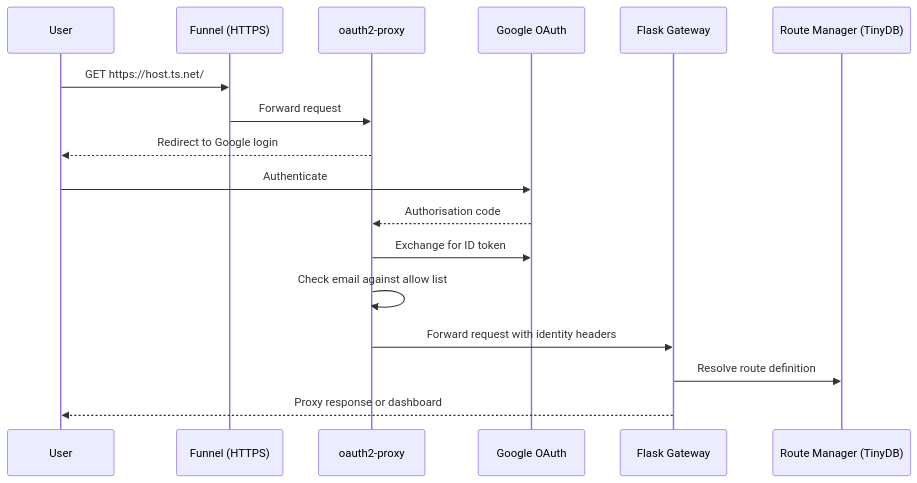
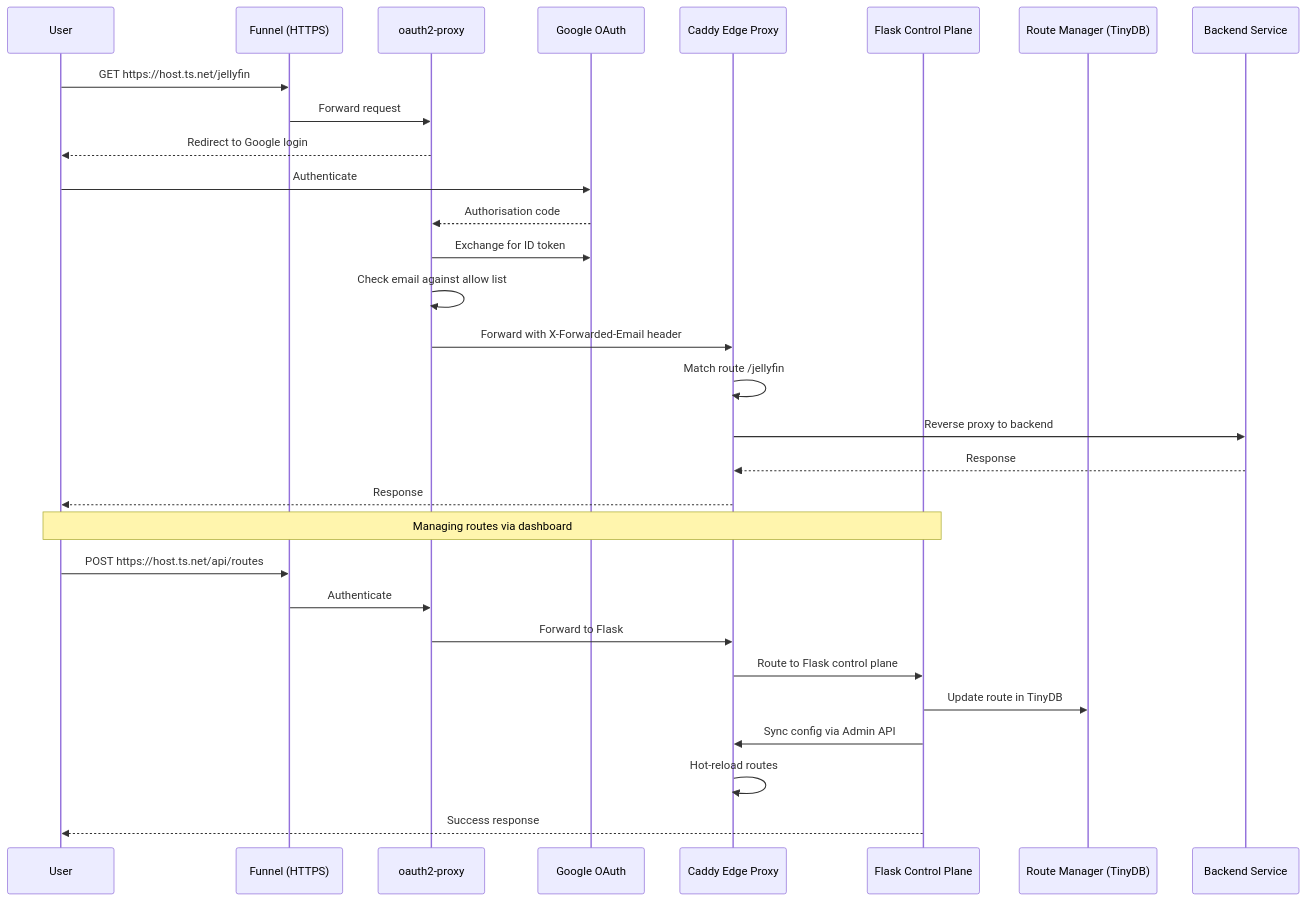
The second of 2 diagrams in README.md (HaiNick/Shark-no-Ninsho-Mon), drawn with Mermaid before and after one commit. The commit also changed other lines of this file and 3 other files, not shown here.

First line of the commit message:
feat: integrate Caddy edge proxy for improved routing and performance

````diff
--- a/README.md
+++ b/README.md
@@ -198,20 +220,34 @@
 ```mermaid
 sequenceDiagram
   participant U as User
   participant F as Funnel (HTTPS)
   participant O as oauth2-proxy
   participant G as Google OAuth
-  participant A as Flask Gateway
+  participant C as Caddy Edge Proxy
+  participant A as Flask Control Plane
   participant D as Route Manager (TinyDB)
+  participant B as Backend Service
 
-  U->>F: GET https://host.ts.net/
+  U->>F: GET https://host.ts.net/jellyfin
   F->>O: Forward request
   O-->>U: Redirect to Google login
   U->>G: Authenticate
   G-->>O: Authorisation code
   O->>G: Exchange for ID token
   O->>O: Check email against allow list
-  O->>A: Forward request with identity headers
-  A->>D: Resolve route definition
-  A-->>U: Proxy response or dashboard
+  O->>C: Forward with X-Forwarded-Email header
+  C->>C: Match route /jellyfin
+  C->>B: Reverse proxy to backend
+  B-->>C: Response
+  C-->>U: Response
+
+  Note over U,A: Managing routes via dashboard
+  U->>F: POST https://host.ts.net/api/routes
+  F->>O: Authenticate
+  O->>C: Forward to Flask
+  C->>A: Route to Flask control plane
+  A->>D: Update route in TinyDB
+  A->>C: Sync config via Admin API
+  C->>C: Hot-reload routes
+  A-->>U: Success response
 ```
````
